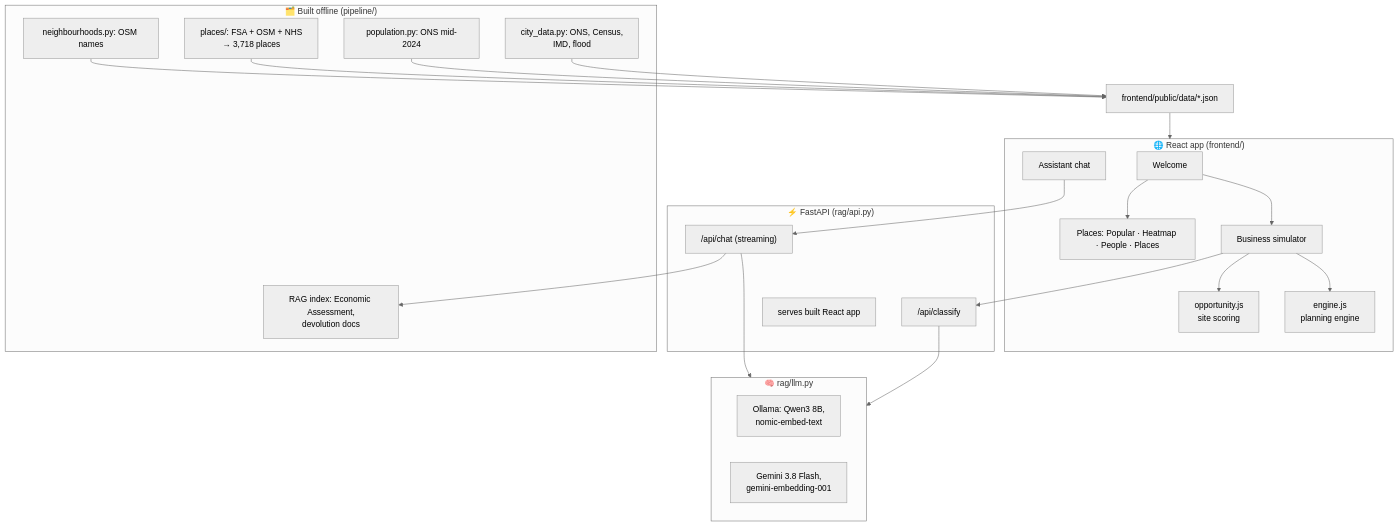
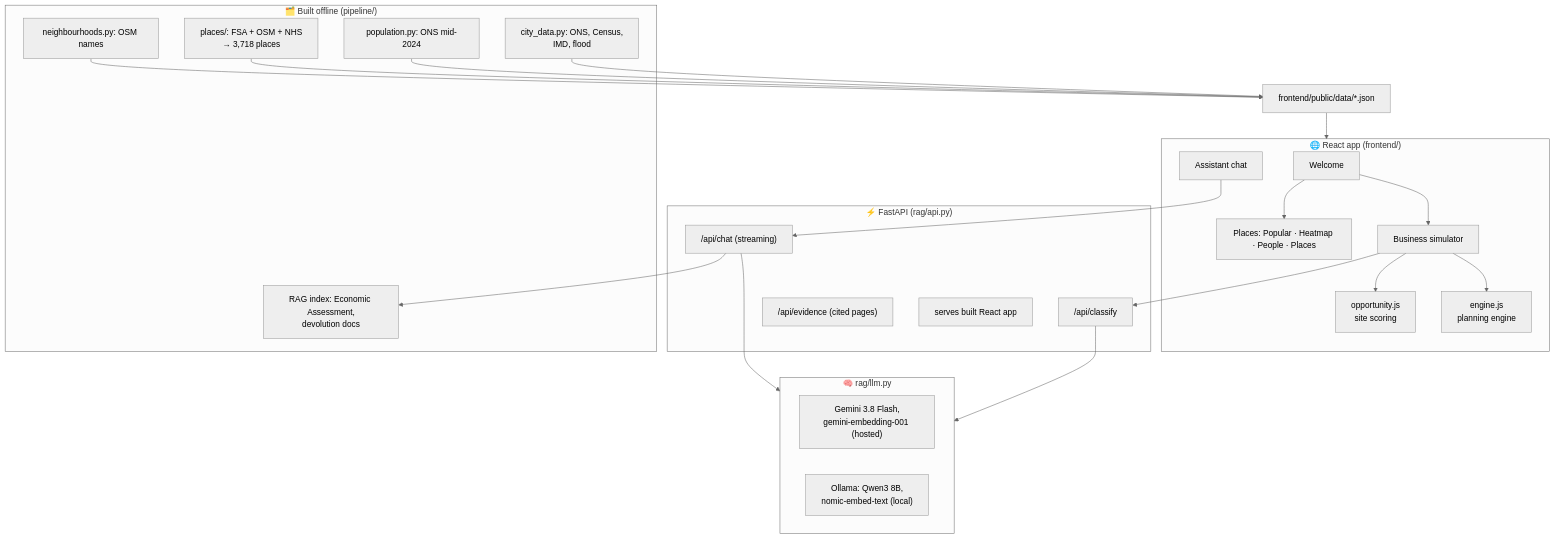
One commit to edwardyun12/civiclens-sotonship2026 changed the second of 2 diagrams in README.md. Above: the diagram before and after it, drawn with Mermaid (neutral theme). The commit also changed other lines of this file and 5 other files, not shown here.

Commit message:
README: Gemini as the hosted model, assistant's deterministic answers and linked citations, 54 tests, Q&A as dropdowns; remove team table and handover/assistant notes (HANDOVER.md, CLAUDE.md, docs/SUBMISSION.md)

````diff
--- a/README.md
+++ b/README.md
@@ -203,32 +209,33 @@
 ```mermaid
 flowchart TB
   subgraph Browser["🌐 React app (frontend/)"]
     W[Welcome] --> PL["Places: Popular · Heatmap · People · Places"]
     W --> SIM["Business simulator"]
     SIM --> OPP["opportunity.js<br/>site scoring"]
     SIM --> ENG["engine.js<br/>planning engine"]
     CHAT["Assistant chat"]
   end
   subgraph API["⚡ FastAPI (rag/api.py)"]
     CL["/api/classify"]
     CH["/api/chat (streaming)"]
+    EV["/api/evidence (cited pages)"]
     ST["serves built React app"]
   end
   subgraph LLM["🧠 rag/llm.py"]
-    OL["Ollama: Qwen3 8B,<br/>nomic-embed-text"]
-    GE["Gemini 3.8 Flash,<br/>gemini-embedding-001"]
+    GE["Gemini 3.8 Flash,<br/>gemini-embedding-001 (hosted)"]
+    OL["Ollama: Qwen3 8B,<br/>nomic-embed-text (local)"]
   end
   subgraph Data["🗂️ Built offline (pipeline/)"]
     CD["city_data.py: ONS, Census,<br/>IMD, flood"]
     POP["population.py: ONS mid-2024"]
     PLC["places/: FSA + OSM + NHS<br/>→ 3,718 places"]
     NB["neighbourhoods.py: OSM names"]
     IDX["RAG index: Economic Assessment,<br/>devolution docs"]
   end
   SIM --> CL
   CHAT --> CH
   CL --> LLM
   CH --> LLM
   CH --> IDX
   CD & POP & PLC & NB --> J["frontend/public/data/*.json"] --> Browser
 ```
````
